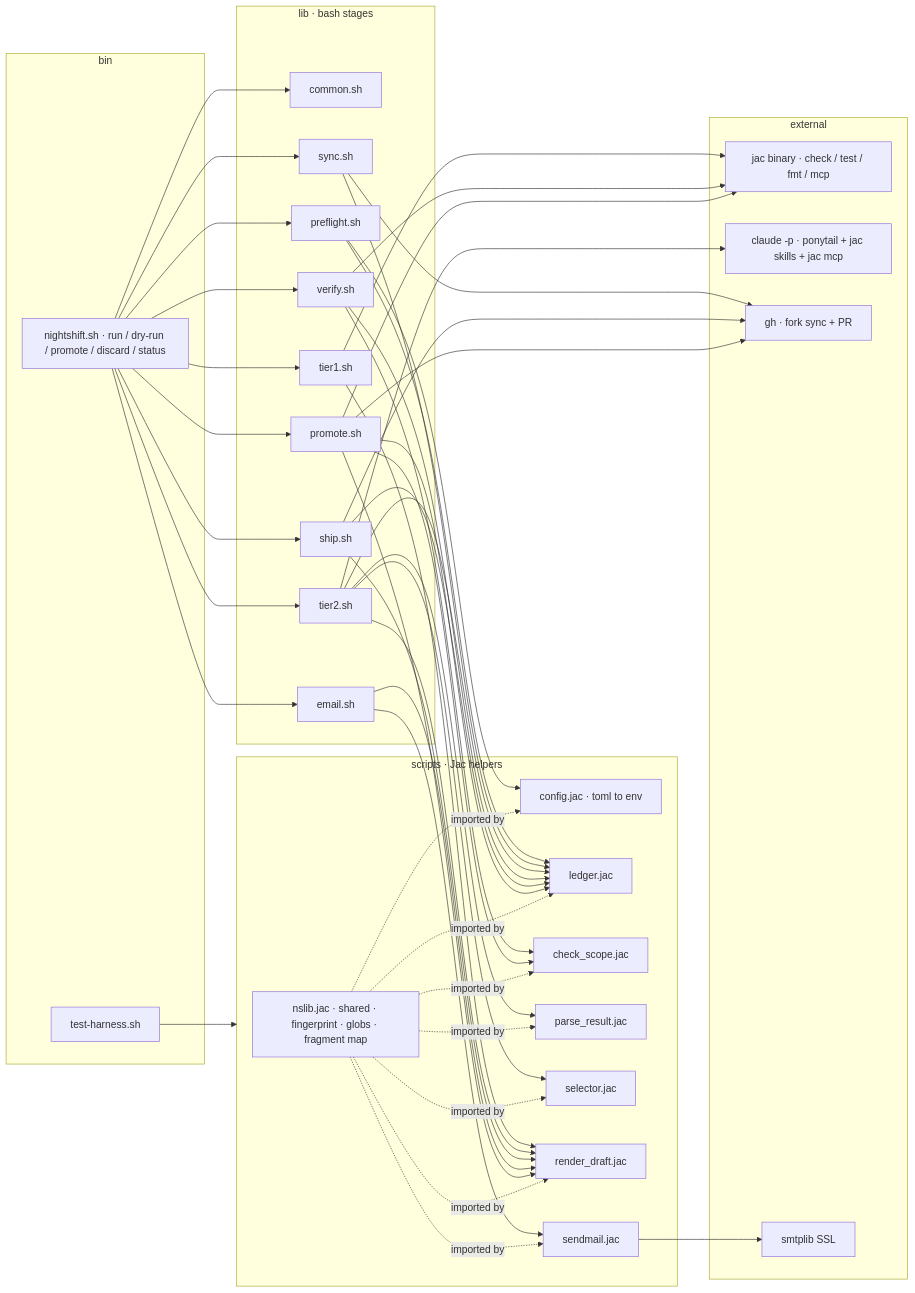
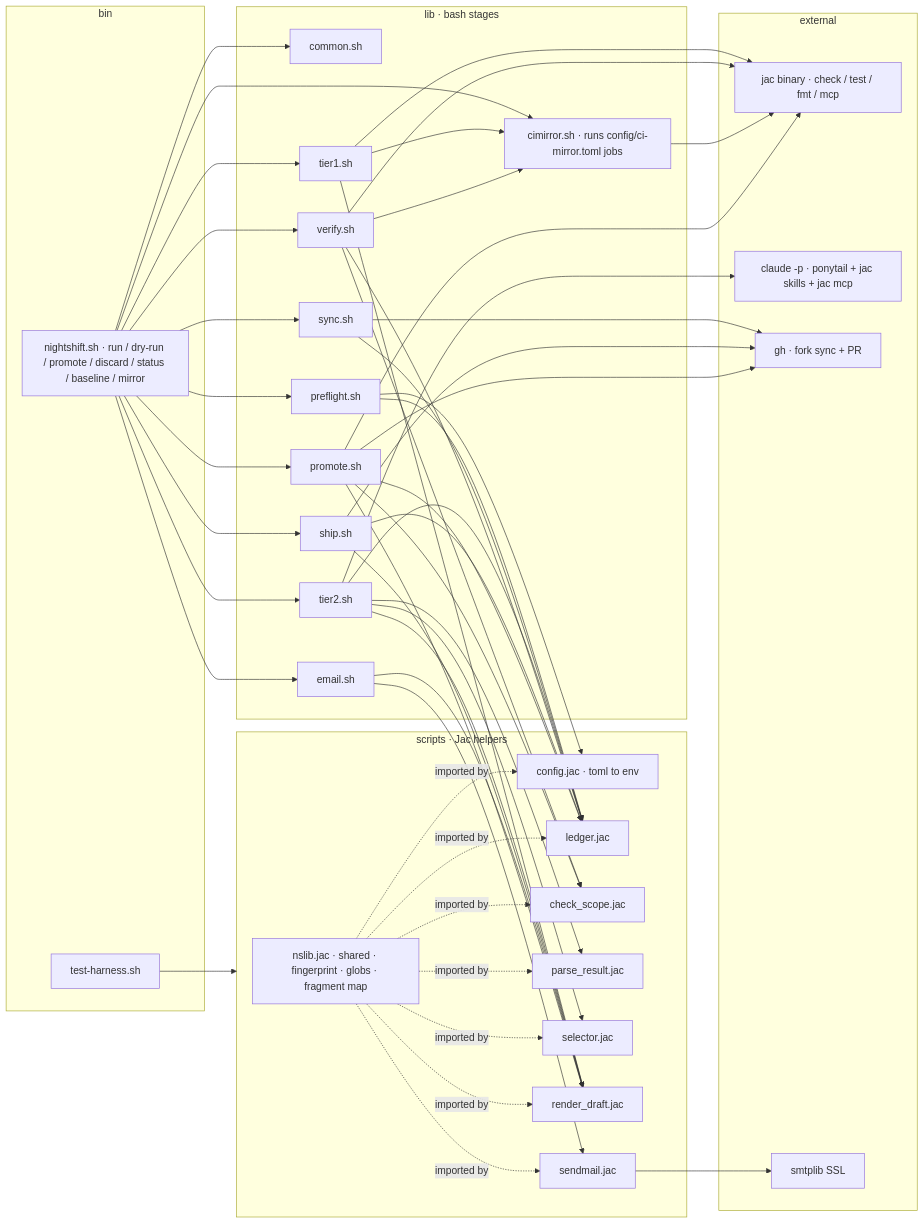
One commit to ayushmk7/NightShift changed the fourth of 4 diagrams in WORKFLOW.md. Above: the diagram before and after it, drawn with Mermaid. The commit also changed other lines of this file and 3 other files, not shown here.

````diff
--- a/WORKFLOW.md
+++ b/WORKFLOW.md
@@ -186,47 +192,49 @@
 ```mermaid
 flowchart LR
     subgraph ENTRY["bin"]
-        NS["nightshift.sh · run / dry-run / promote / discard / status"]
+        NS["nightshift.sh · run / dry-run / promote / discard / status / baseline / mirror"]
         TH["test-harness.sh"]
     end
     subgraph LIB["lib · bash stages"]
         CM["common.sh"]
         PF["preflight.sh"]
         SY["sync.sh"]
         T1["tier1.sh"]
         T2["tier2.sh"]
         VF["verify.sh"]
         SH["ship.sh"]
         EM["email.sh"]
         PR2["promote.sh"]
+        CMR["cimirror.sh · runs config/ci-mirror.toml jobs"]
     end
     subgraph JAC["scripts · Jac helpers"]
         NL["nslib.jac · shared · fingerprint · globs · fragment map"]
         CF["config.jac · toml to env"]
         LG["ledger.jac"]
         CS["check_scope.jac"]
         PRz["parse_result.jac"]
         SE["selector.jac"]
         RD["render_draft.jac"]
         SM["sendmail.jac"]
     end
     subgraph EXT["external"]
         JB["jac binary · check / test / fmt / mcp"]
         CC["claude -p · ponytail + jac skills + jac mcp"]
         GH["gh · fork sync + PR"]
         SMTP["smtplib SSL"]
     end
 
-    NS --> CM & PF & SY & T1 & T2 & VF & SH & EM & PR2
+    NS --> CM & PF & SY & T1 & T2 & VF & SH & EM & PR2 & CMR
     PF --> CF & LG
     SY --> LG & GH
-    T1 --> JB & RD
+    T1 --> JB & RD & CMR
     T2 --> CC & PRz & SE & LG & RD
-    VF --> JB & CS & LG
+    VF --> JB & CS & LG & CMR
+    CMR --> JB
     SH --> RD & LG & GH
     EM --> SM & RD
     PR2 --> GH & LG & RD & CS & JB
     NL -.->|imported by| LG & CS & PRz & SE & RD & SM & CF
     SM --> SMTP
     TH --> JAC
 ```
````
